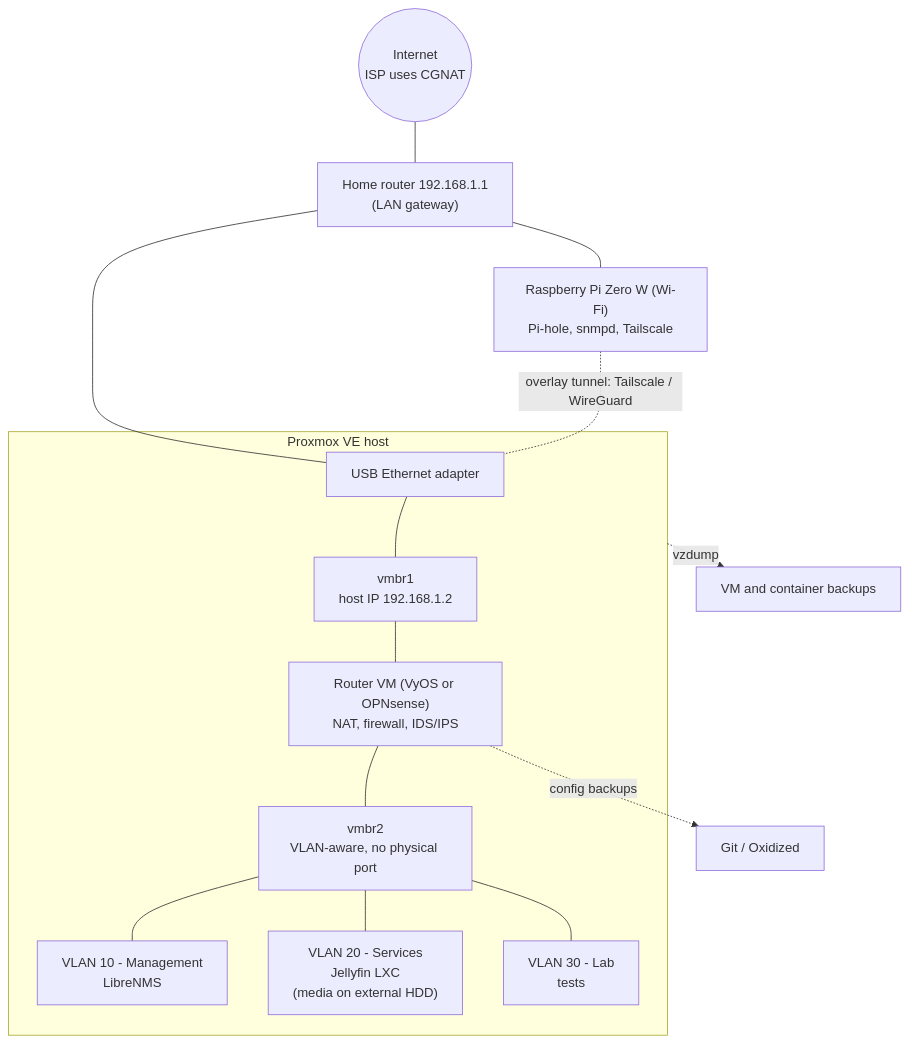
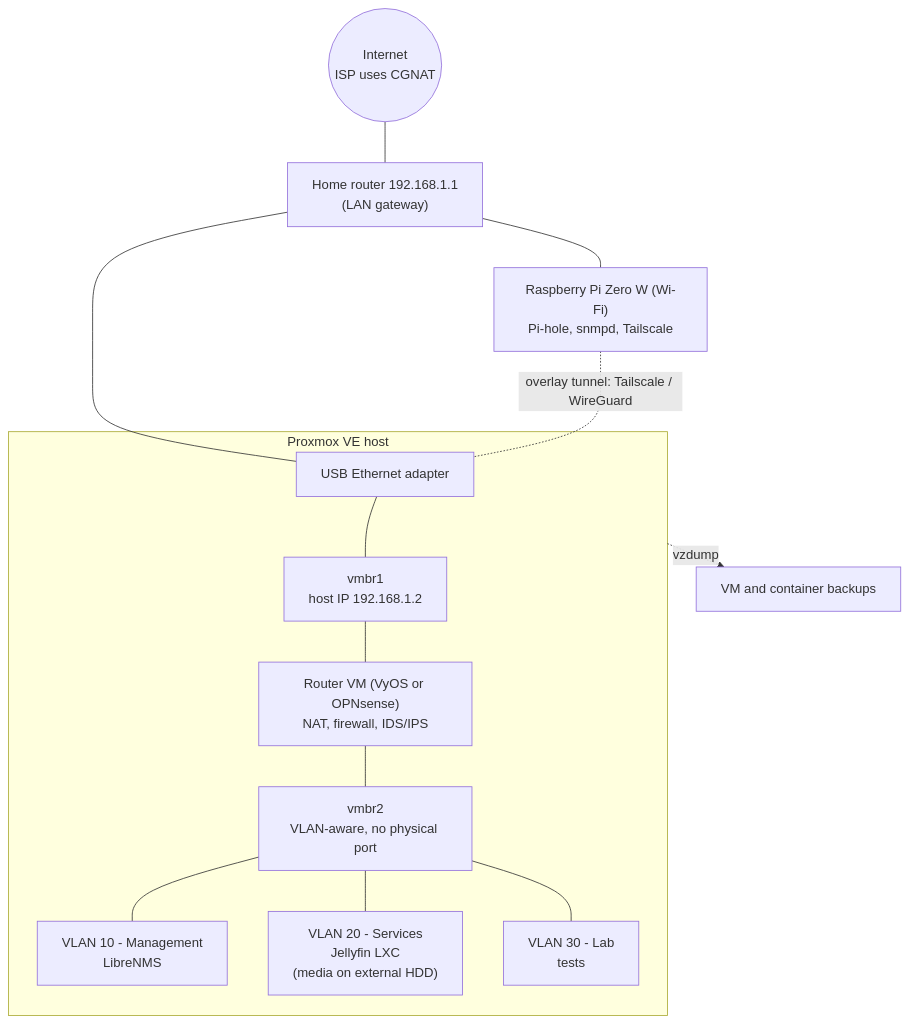
One commit to marcell6449/homelab_IdeaPad3_RaspberryZeroW changed the diagram in README.md. Above: the diagram before and after it, drawn with Mermaid.

Commit message:
Remove RVM config backups section from README
Removed reference to RVM and its connection to Git in the README.

````diff
--- a/README.md
+++ b/README.md
@@ -31,19 +31,18 @@
 ```mermaid
 flowchart TB
     Internet(("Internet<br/>ISP uses CGNAT")) --- Router["Home router 192.168.1.1<br/>(LAN gateway)"]
     Router --- Pi["Raspberry Pi Zero W (Wi-Fi)<br/>Pi-hole, snmpd, Tailscale"]
     Router --- NIC["USB Ethernet adapter"]
 
     subgraph PVE["Proxmox VE host"]
         NIC --- BR1["vmbr1<br/>host IP 192.168.1.2"]
         BR1 --- RVM["Router VM (VyOS or OPNsense)<br/>NAT, firewall, IDS/IPS"]
         RVM --- BR2["vmbr2<br/>VLAN-aware, no physical port"]
         BR2 --- V10["VLAN 10 - Management<br/>LibreNMS"]
         BR2 --- V20["VLAN 20 - Services<br/>Jellyfin LXC<br/>(media on external HDD)"]
         BR2 --- V30["VLAN 30 - Lab<br/>tests"]
     end
 
     Pi -. "overlay tunnel: Tailscale / WireGuard" .- NIC
-    RVM -. "config backups" .-> Git["Git / Oxidized"]
     PVE -. "vzdump" .-> Backups["VM and container backups"]
 ```
````
